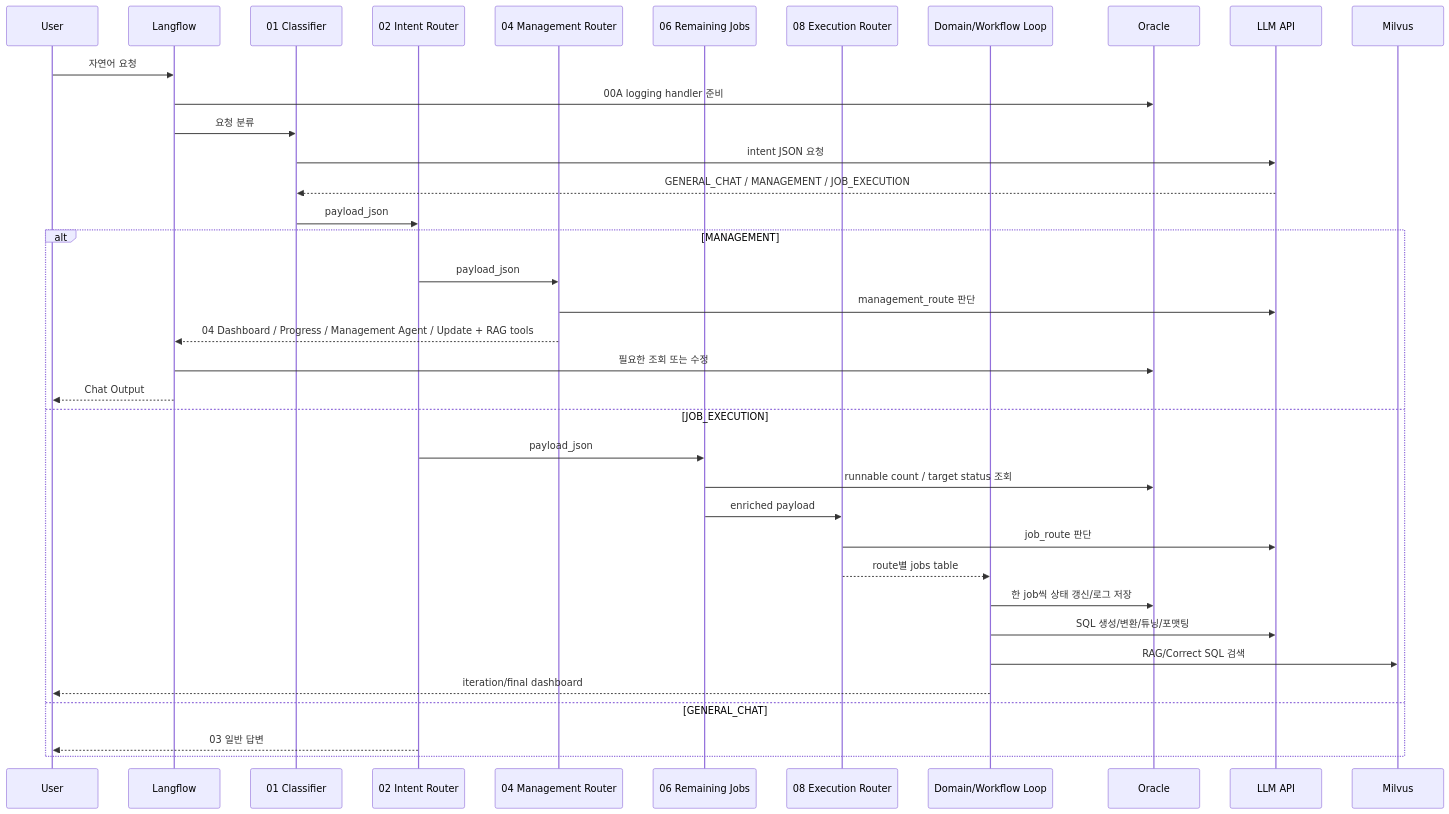
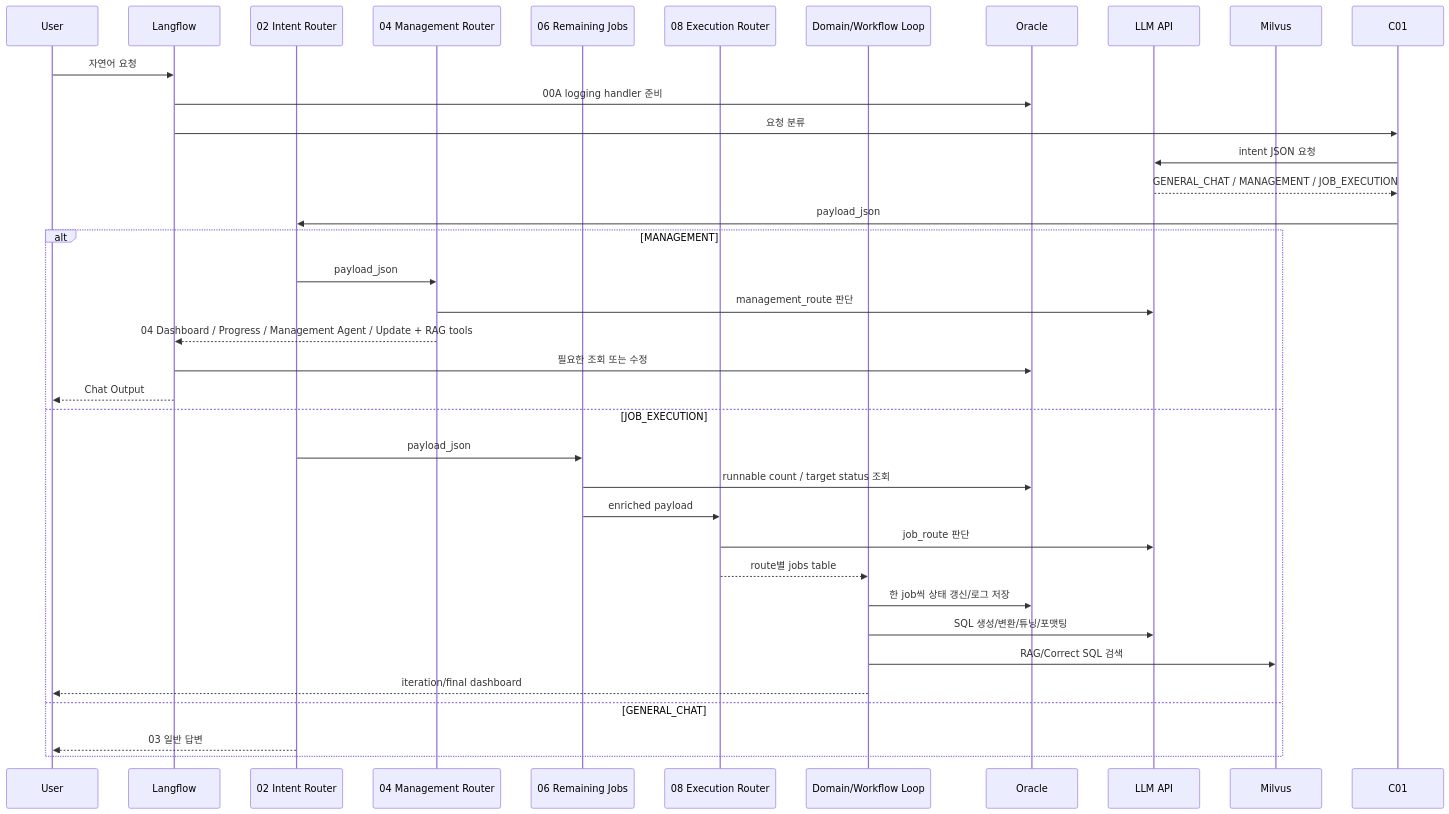
Before and after one commit to seongikjin227-jpg/refactoring_smartMigrate: the third of 3 diagrams in smartMigrate_2.0_Langflow/00_guide/00_architecture_chapter1_overview.md, drawn with Mermaid. The commit also changed other lines of this file and 28 other files, not shown here.

````diff
--- a/smartMigrate_2.0_Langflow/00_guide/00_architecture_chapter1_overview.md
+++ b/smartMigrate_2.0_Langflow/00_guide/00_architecture_chapter1_overview.md
@@ -122,40 +124,39 @@
 ```mermaid
 sequenceDiagram
     participant User
     participant LF as Langflow
-    participant C01 as 01 Classifier
     participant R02 as 02 Intent Router
     participant M04 as 04 Management Router
     participant J06 as 06 Remaining Jobs
     participant J08 as 08 Execution Router
     participant FlowLoop as Domain/Workflow Loop
     participant DB as Oracle
     participant LLM as LLM API
     participant Milvus
 
     User->>LF: 자연어 요청
     LF->>DB: 00A logging handler 준비
     LF->>C01: 요청 분류
     C01->>LLM: intent JSON 요청
     LLM-->>C01: GENERAL_CHAT / MANAGEMENT / JOB_EXECUTION
     C01->>R02: payload_json
     alt MANAGEMENT
         R02->>M04: payload_json
         M04->>LLM: management_route 판단
         M04-->>LF: 04 Dashboard / Progress / Management Agent / Update + RAG tools
         LF->>DB: 필요한 조회 또는 수정
         LF-->>User: Chat Output
     else JOB_EXECUTION
         R02->>J06: payload_json
         J06->>DB: runnable count / target status 조회
         J06->>J08: enriched payload
         J08->>LLM: job_route 판단
         J08-->>FlowLoop: route별 jobs table
         FlowLoop->>DB: 한 job씩 상태 갱신/로그 저장
         FlowLoop->>LLM: SQL 생성/변환/튜닝/포맷팅
         FlowLoop->>Milvus: RAG/Correct SQL 검색
         FlowLoop-->>User: iteration/final dashboard
     else GENERAL_CHAT
         R02-->>User: 03 일반 답변
     end
 ```
````
